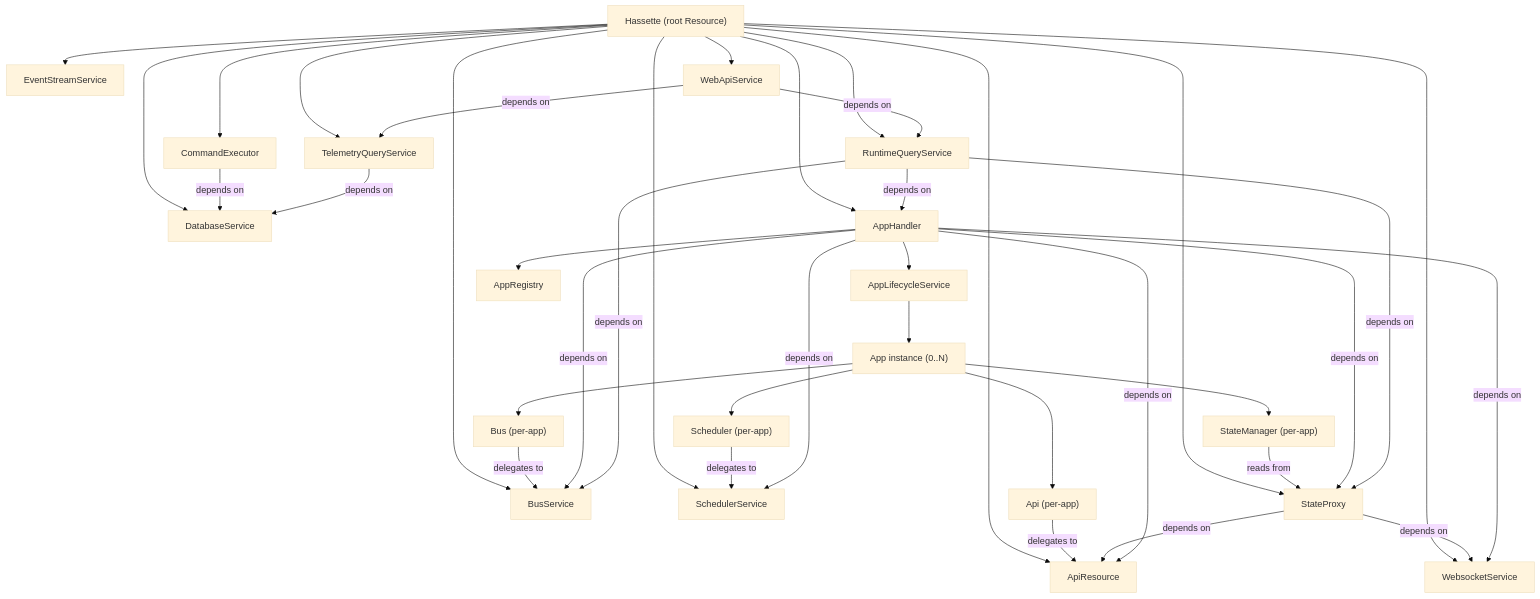
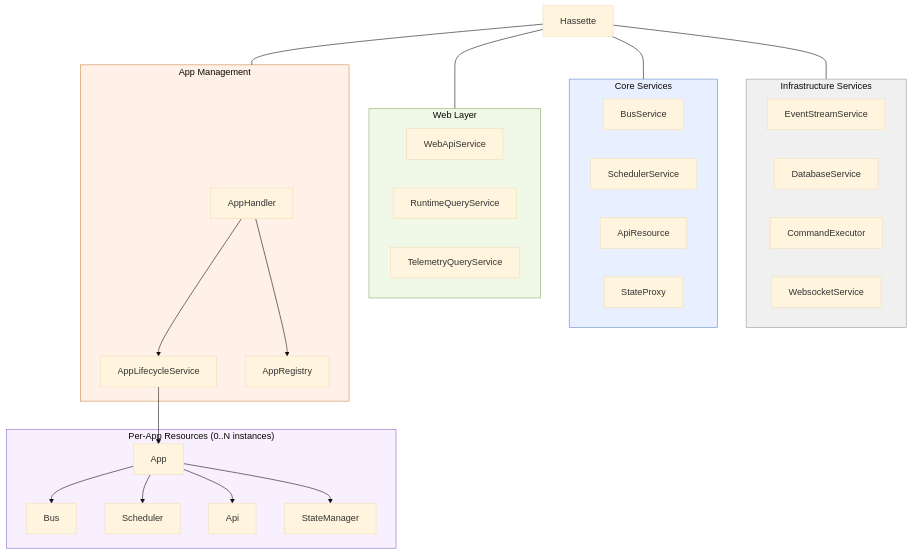
Before and after one commit to NodeJSmith/hassette: the first of 10 diagrams in docs/pages/core-concepts/internals.md, drawn with Mermaid (base theme). The commit also changed other lines of this file, not shown here.

First line of the commit message:
docs: rework all architecture diagrams for readability

````diff
--- a/docs/pages/core-concepts/internals.md
+++ b/docs/pages/core-concepts/internals.md
@@ -18,52 +16,57 @@
 ```mermaid
 graph TD
-    accTitle: Hassette Component Ownership
-    accDescr: How major components own and relate to each other in the Hassette framework
+    accTitle: Component Ownership Tree
+    accDescr: Parent-child resource hierarchy from Hassette root to per-app handles
 
-    Hassette["Hassette (root Resource)"]
+    Hassette
 
-    Hassette --> EventStreamService
-    Hassette --> DatabaseService
-    Hassette --> CommandExecutor
-    Hassette --> BusService
-    Hassette --> SchedulerService
-    Hassette --> WebsocketService
-    Hassette --> ApiResource
-    Hassette --> StateProxy
-    Hassette --> AppHandler
-    Hassette --> RuntimeQueryService
-    Hassette --> TelemetryQueryService
-    Hassette --> WebApiService
+    subgraph infra["Infrastructure Services"]
+        EventStreamService
+        DatabaseService
+        CommandExecutor
+        WebsocketService
+    end
+
+    subgraph core["Core Services"]
+        BusService
+        SchedulerService
+        ApiResource
+        StateProxy
+    end
+
+    subgraph web["Web Layer"]
+        WebApiService
+        RuntimeQueryService
+        TelemetryQueryService
+    end
+
+    subgraph apps["App Management"]
+        AppHandler
+        AppLifecycleService
+        AppRegistry
+    end
+
+    Hassette --- infra
+    Hassette --- core
+    Hassette --- web
+    Hassette --- apps
 
     AppHandler --> AppLifecycleService
     AppHandler --> AppRegistry
 
-    AppLifecycleService --> App1["App instance (0..N)"]
+    subgraph perapp["Per-App Resources (0..N instances)"]
+        App
+        App --> Bus
+        App --> Scheduler
+        App --> Api
+        App --> StateManager
+    end
 
-    App1 --> AppBus["Bus (per-app)"]
-    App1 --> AppScheduler["Scheduler (per-app)"]
-    App1 --> AppApi["Api (per-app)"]
-    App1 --> AppStates["StateManager (per-app)"]
+    AppLifecycleService --> App
 
-    AppBus -->|delegates to| BusService
-    AppScheduler -->|delegates to| SchedulerService
-    AppApi -->|delegates to| ApiResource
-    AppStates -->|reads from| StateProxy
-
-    StateProxy -->|depends on| WebsocketService
-    StateProxy -->|depends on| ApiResource
-    AppHandler -->|depends on| WebsocketService
-    AppHandler -->|depends on| ApiResource
-    AppHandler -->|depends on| BusService
-    AppHandler -->|depends on| SchedulerService
-    AppHandler -->|depends on| StateProxy
-
-    RuntimeQueryService -->|depends on| BusService
-    RuntimeQueryService -->|depends on| StateProxy
-    RuntimeQueryService -->|depends on| AppHandler
-    WebApiService -->|depends on| RuntimeQueryService
-    WebApiService -->|depends on| TelemetryQueryService
-
-    CommandExecutor -->|depends on| DatabaseService
-    TelemetryQueryService -->|depends on| DatabaseService
+    style infra fill:#f0f0f0,stroke:#999
+    style core fill:#e8f0ff,stroke:#6688cc
+    style web fill:#f0f8e8,stroke:#88aa66
+    style apps fill:#fff0e8,stroke:#cc8844
+    style perapp fill:#f8f0ff,stroke:#8866cc
 ```
````
